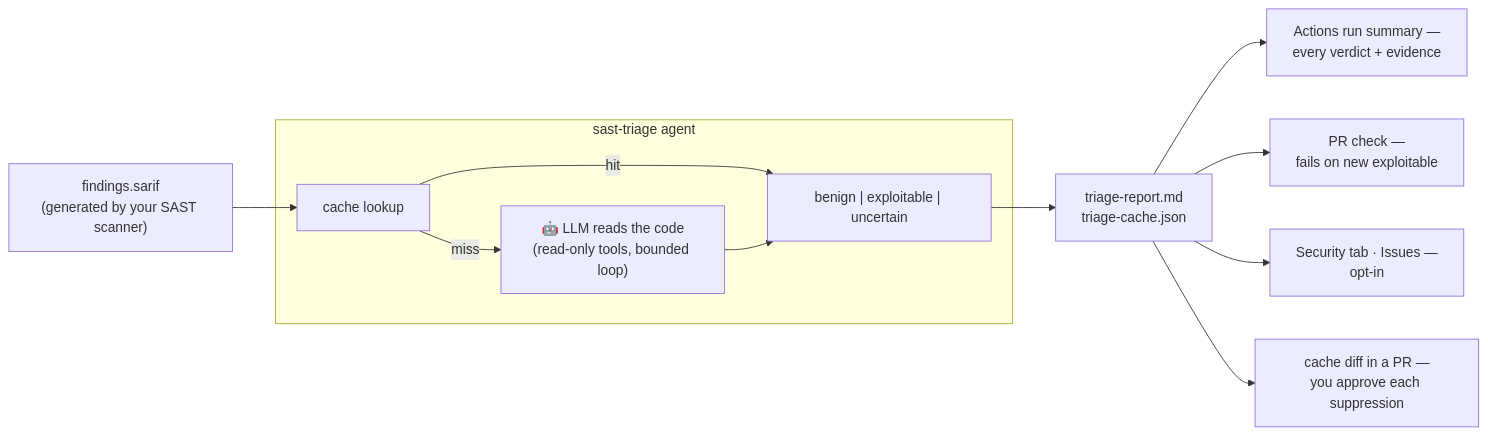
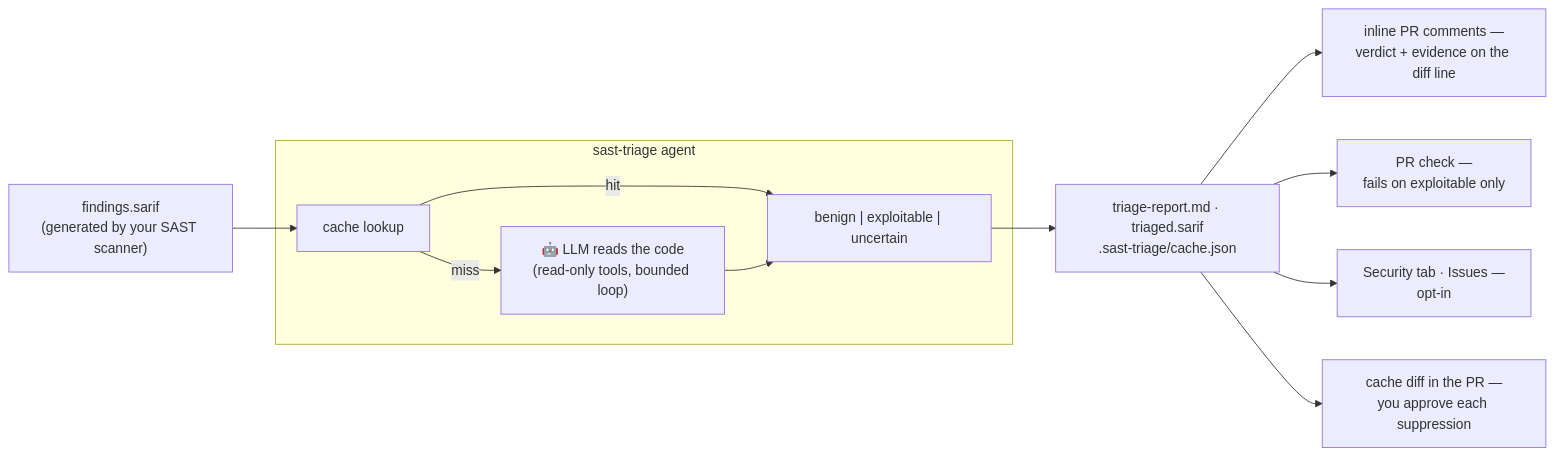
The diagram in README.md (alexpermiakov/sast-triage), drawn with Mermaid before and after one commit. The commit also changed other lines of this file and 26 other files, not shown here.

First line of the commit message:
Implement review comments and scope filtering for triage

````diff
--- a/README.md
+++ b/README.md
@@ -14,14 +14,14 @@
 ```mermaid
 graph LR
     subgraph T["sast-triage agent"]
         B["cache lookup"] -->|hit| V["benign | exploitable | uncertain"]
         B -->|miss| E["🤖 LLM reads the code<br/>(read-only tools, bounded loop)"]
         E --> V
     end
     A["findings.sarif<br/>(generated by your SAST scanner)"] --> B
-    V --> O["triage-report.md<br/>triage-cache.json"]
-    O --> G["Actions run summary —<br/>every verdict + evidence"]
-    O --> C["PR check —<br/>fails on new exploitable"]
+    V --> O["triage-report.md · triaged.sarif<br/>.sast-triage/cache.json"]
+    O --> N["inline PR comments —<br/>verdict + evidence on the diff line"]
+    O --> C["PR check —<br/>fails on exploitable only"]
     O --> H["Security tab · Issues —<br/>opt-in"]
-    O --> P["cache diff in a PR —<br/>you approve each suppression"]
+    O --> P["cache diff in the PR —<br/>you approve each suppression"]
 ```
````
